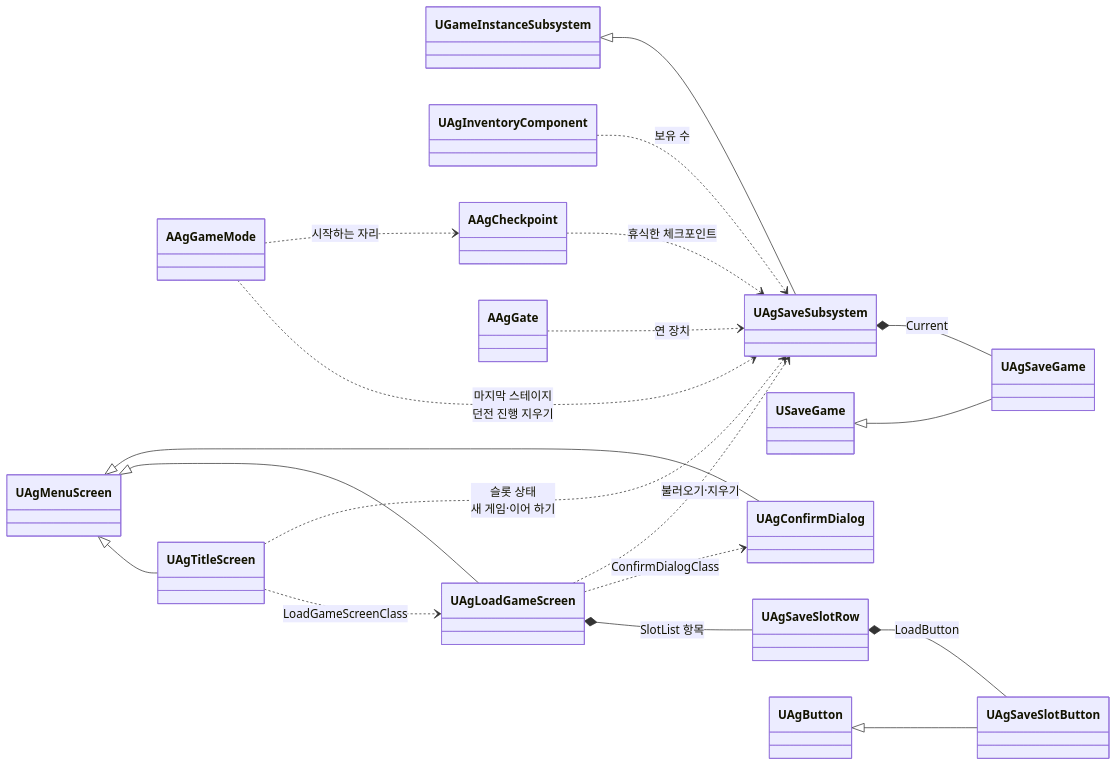
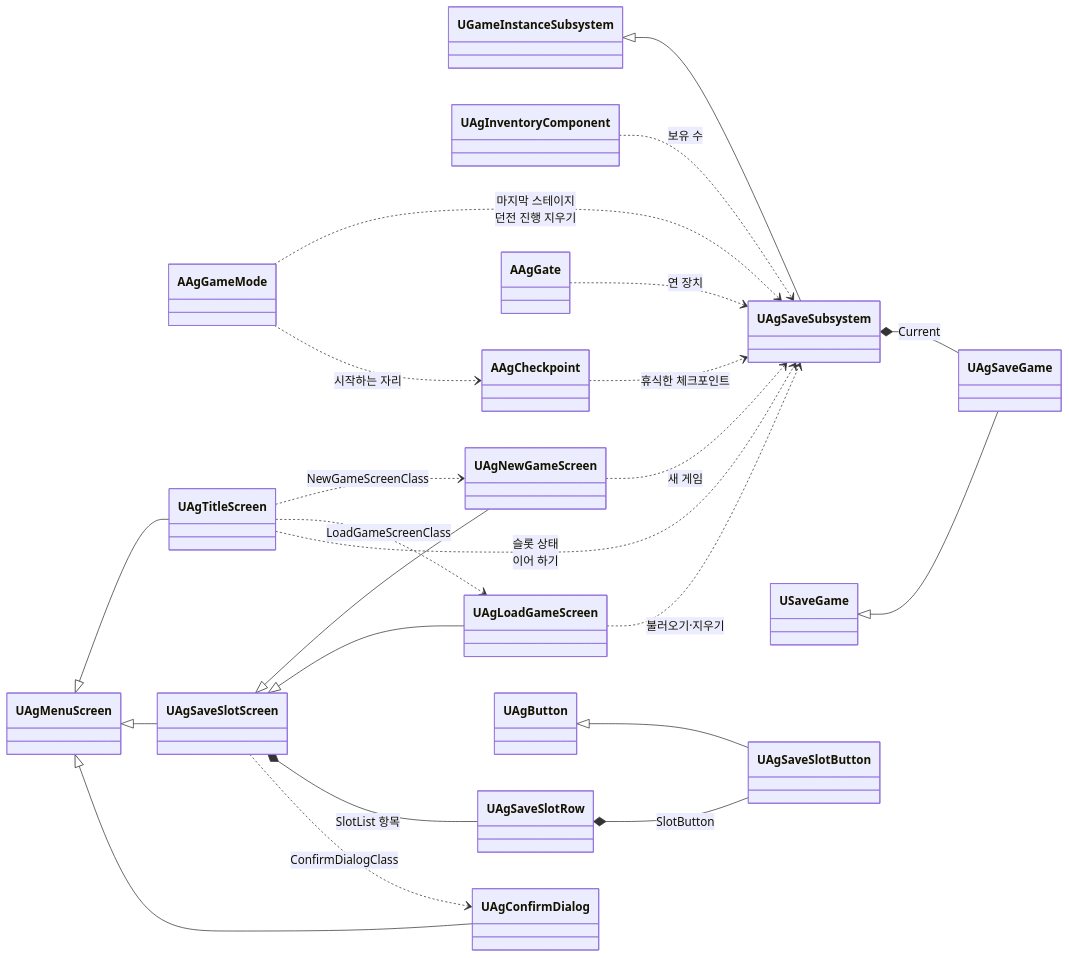
One commit to Woogl/Ag changed the fourth of 8 diagrams in Docs/Architecture/캐릭터 기반 구조와 GAS.md. Above: the diagram before and after it, drawn with Mermaid. The commit also changed other lines of this file and 9 other files, not shown here.

````diff
--- a/Docs/Architecture/캐릭터 기반 구조와 GAS.md
+++ b/Docs/Architecture/캐릭터 기반 구조와 GAS.md
@@ -258,22 +260,26 @@
 ```mermaid
 classDiagram
     direction LR
     UGameInstanceSubsystem <|-- UAgSaveSubsystem
     USaveGame <|-- UAgSaveGame
     UAgSaveSubsystem *-- UAgSaveGame : Current
     UAgInventoryComponent ..> UAgSaveSubsystem : 보유 수
     AAgCheckpoint ..> UAgSaveSubsystem : 휴식한 체크포인트
     AAgGate ..> UAgSaveSubsystem : 연 장치
     AAgGameMode ..> UAgSaveSubsystem : 마지막 스테이지<br>던전 진행 지우기
     AAgGameMode ..> AAgCheckpoint : 시작하는 자리
     UAgMenuScreen <|-- UAgTitleScreen
-    UAgMenuScreen <|-- UAgLoadGameScreen
+    UAgMenuScreen <|-- UAgSaveSlotScreen
+    UAgSaveSlotScreen <|-- UAgNewGameScreen
+    UAgSaveSlotScreen <|-- UAgLoadGameScreen
     UAgMenuScreen <|-- UAgConfirmDialog
+    UAgTitleScreen ..> UAgNewGameScreen : NewGameScreenClass
     UAgTitleScreen ..> UAgLoadGameScreen : LoadGameScreenClass
-    UAgTitleScreen ..> UAgSaveSubsystem : 슬롯 상태<br>새 게임·이어 하기
-    UAgLoadGameScreen *-- UAgSaveSlotRow : SlotList 항목
-    UAgSaveSlotRow *-- UAgSaveSlotButton : LoadButton
+    UAgTitleScreen ..> UAgSaveSubsystem : 슬롯 상태<br>이어 하기
+    UAgSaveSlotScreen *-- UAgSaveSlotRow : SlotList 항목
+    UAgSaveSlotRow *-- UAgSaveSlotButton : SlotButton
     UAgButton <|-- UAgSaveSlotButton
-    UAgLoadGameScreen ..> UAgConfirmDialog : ConfirmDialogClass
+    UAgSaveSlotScreen ..> UAgConfirmDialog : ConfirmDialogClass
+    UAgNewGameScreen ..> UAgSaveSubsystem : 새 게임
     UAgLoadGameScreen ..> UAgSaveSubsystem : 불러오기·지우기
 ```
````
